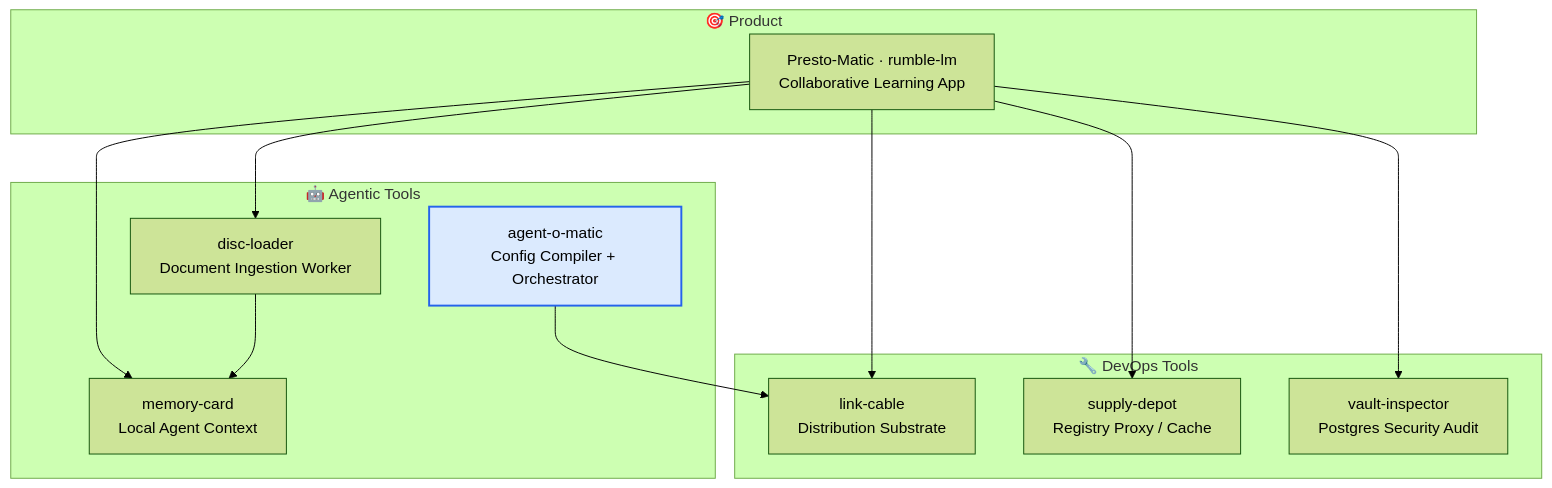
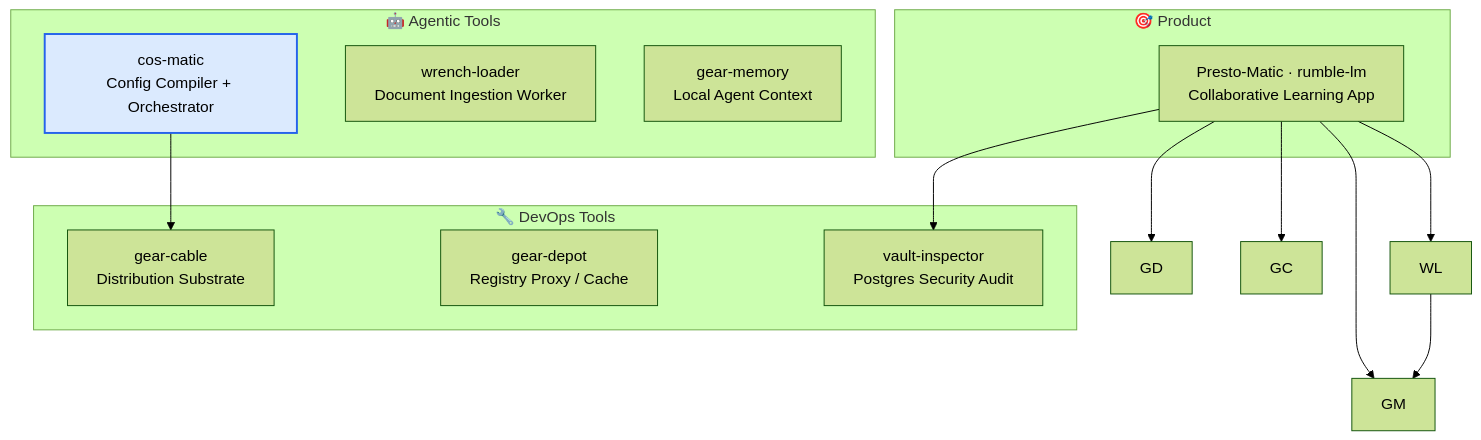
One commit to constantin-jais/cos-matic changed the diagram in README.md. Above: the diagram before and after it, drawn with Mermaid (forest theme). The commit also changed other lines of this file and 51 other files, not shown here.

````diff
--- a/README.md
+++ b/README.md
@@ -15,24 +15,24 @@
 ```mermaid
 graph TB
     subgraph product["🎯 Product"]
         RL["Presto-Matic · rumble-lm<br/>Collaborative Learning App"]
     end
     subgraph agentic["🤖 Agentic Tools"]
-        AOM["agent-o-matic<br/>Config Compiler + Orchestrator"]
-        DL["disc-loader<br/>Document Ingestion Worker"]
-        MC["memory-card<br/>Local Agent Context"]
+        cosmatic["cos-matic<br/>Config Compiler + Orchestrator"]
+        DL["wrench-loader<br/>Document Ingestion Worker"]
+        MC["gear-memory<br/>Local Agent Context"]
     end
     subgraph devops["🔧 DevOps Tools"]
-        LC["link-cable<br/>Distribution Substrate"]
-        SD["supply-depot<br/>Registry Proxy / Cache"]
+        LC["gear-cable<br/>Distribution Substrate"]
+        SD["gear-depot<br/>Registry Proxy / Cache"]
         VI["vault-inspector<br/>Postgres Security Audit"]
     end
-    RL --> DL
-    RL --> MC
+    RL --> WL
+    RL --> GM
     RL --> VI
-    RL --> SD
-    RL --> LC
-    AOM --> LC
-    DL --> MC
-    style AOM fill:#dbeafe,stroke:#2563eb,stroke-width:2px
+    RL --> GD
+    RL --> GC
+    cosmatic --> LC
+    WL --> GM
+    style cosmatic fill:#dbeafe,stroke:#2563eb,stroke-width:2px
 ```
````
